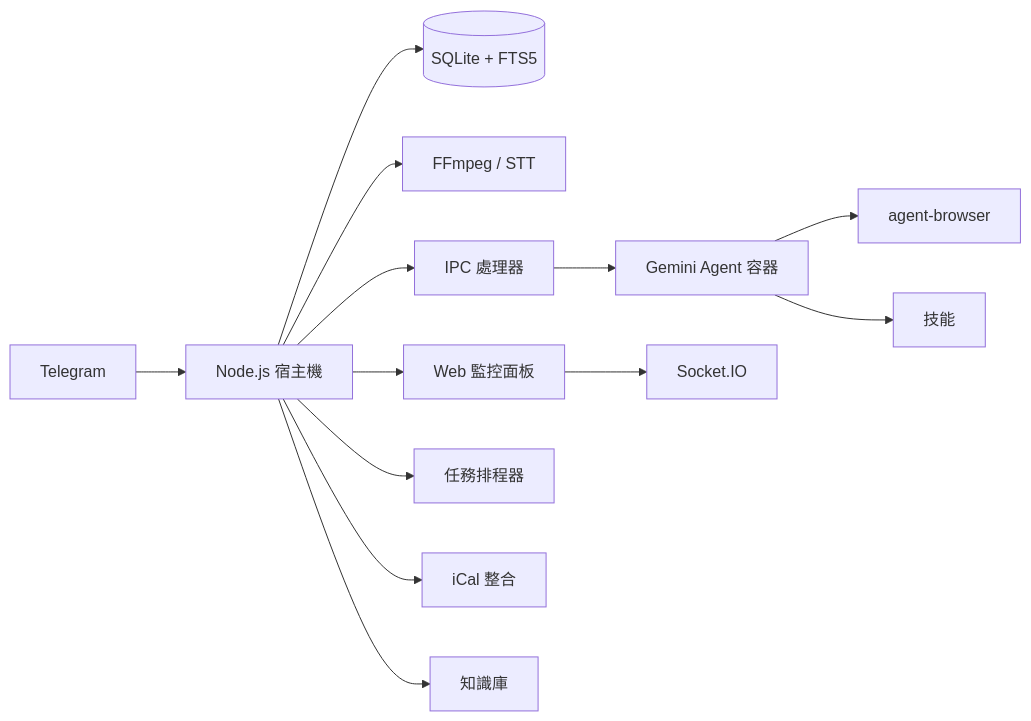
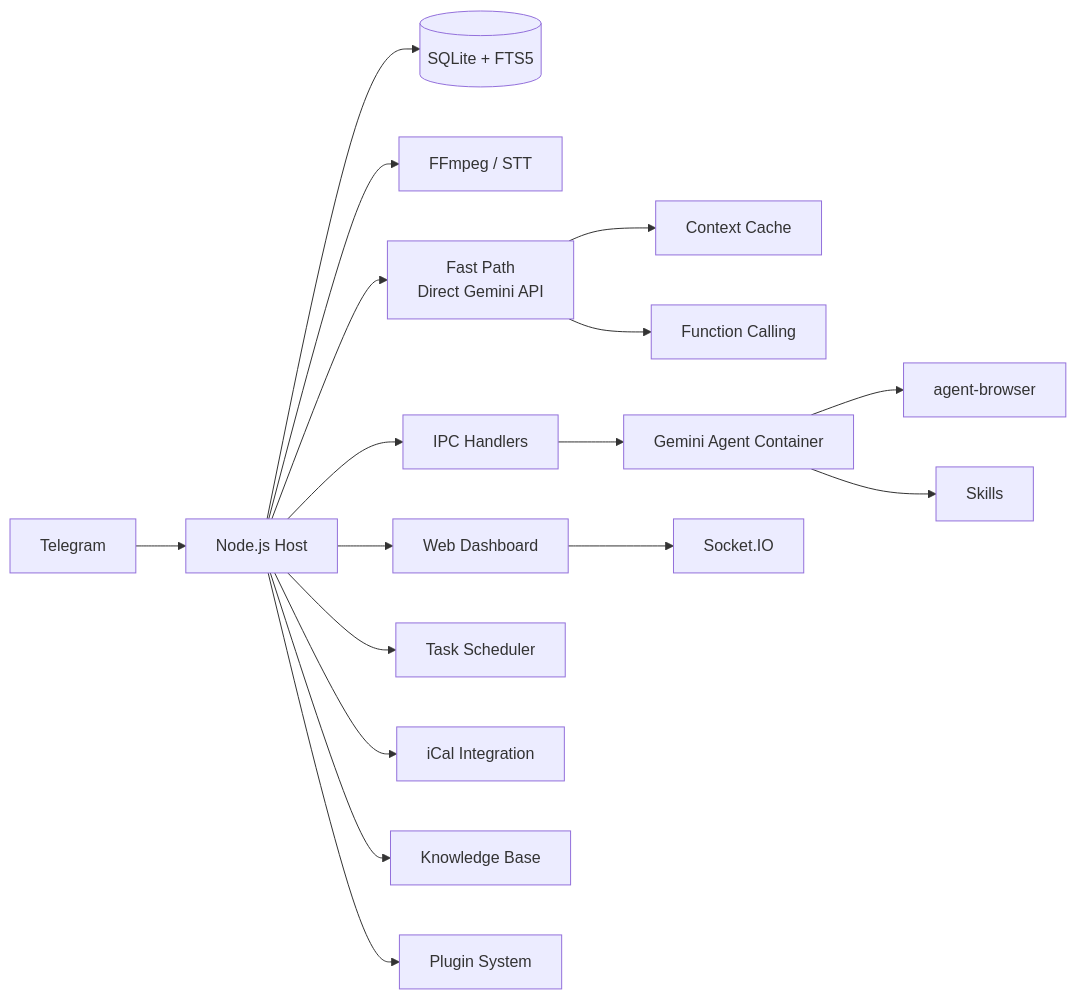
The diagram in README.zh-TW.md (Rlin1027/NanoGemClaw), drawn with Mermaid before and after one commit. The commit also changed other lines of this file and 6 other files, not shown here.

````diff
--- a/README.zh-TW.md
+++ b/README.zh-TW.md
@@ -188,15 +313,19 @@
 ```mermaid
 graph LR
-    TG[Telegram] --> Bot[Node.js 宿主機]
+    TG[Telegram] --> Bot[Node.js Host]
     Bot --> DB[(SQLite + FTS5)]
     Bot --> STT[FFmpeg / STT]
-    Bot --> IPC[IPC 處理器]
-    IPC --> Container[Gemini Agent 容器]
+    Bot --> FP[Fast Path<br/>Direct Gemini API]
+    FP --> Cache[Context Cache]
+    FP --> FC[Function Calling]
+    Bot --> IPC[IPC Handlers]
+    IPC --> Container[Gemini Agent Container]
     Container --> Browser[agent-browser]
-    Container --> Skills[技能]
-    Bot --> Dashboard[Web 監控面板]
+    Container --> Skills[Skills]
+    Bot --> Dashboard[Web Dashboard]
     Dashboard --> WS[Socket.IO]
-    Bot --> Scheduler[任務排程器]
-    Bot --> Calendar[iCal 整合]
-    Bot --> Knowledge[知識庫]
+    Bot --> Scheduler[Task Scheduler]
+    Bot --> Calendar[iCal Integration]
+    Bot --> Knowledge[Knowledge Base]
+    Bot --> Plugins[Plugin System]
 ```
````
